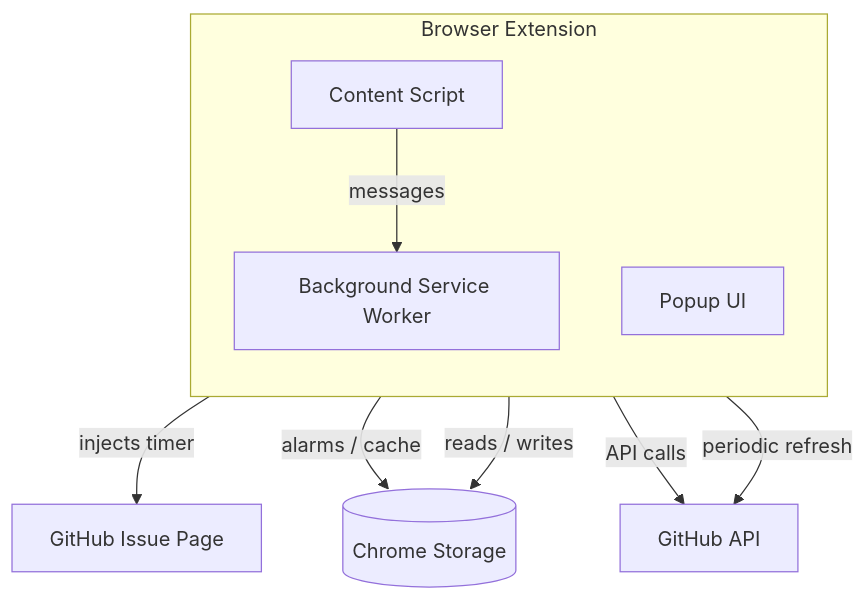
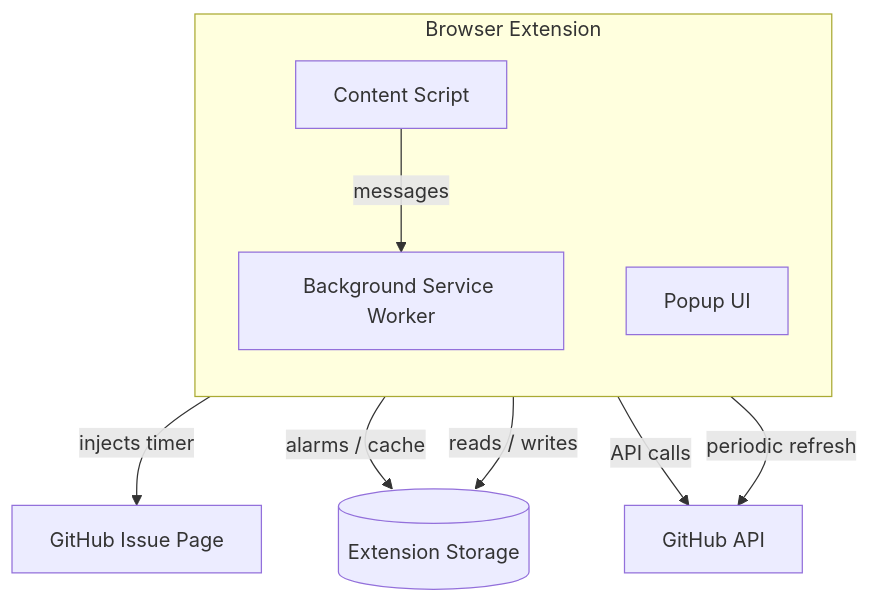
Before and after one commit to zestones/OctoClock: the diagram in README.md, drawn with Mermaid. The commit also changed other lines of this file, not shown here.

````diff
--- a/README.md
+++ b/README.md
@@ -119,20 +119,20 @@
 ```mermaid
 graph TD
     subgraph ext [Browser Extension]
         direction TB
         CS[Content Script]
         BG[Background Service Worker]
         PO[Popup UI]
     end
 
     GH[GitHub Issue Page]
-    ST[(Chrome Storage)]
+    ST[(Extension Storage)]
     API[GitHub API]
 
     CS -- injects timer --> GH
     CS -- messages --> BG
     BG -- alarms / cache --> ST
     PO -- reads / writes --> ST
     PO -- API calls --> API
     BG -- periodic refresh --> API
 ```
````
